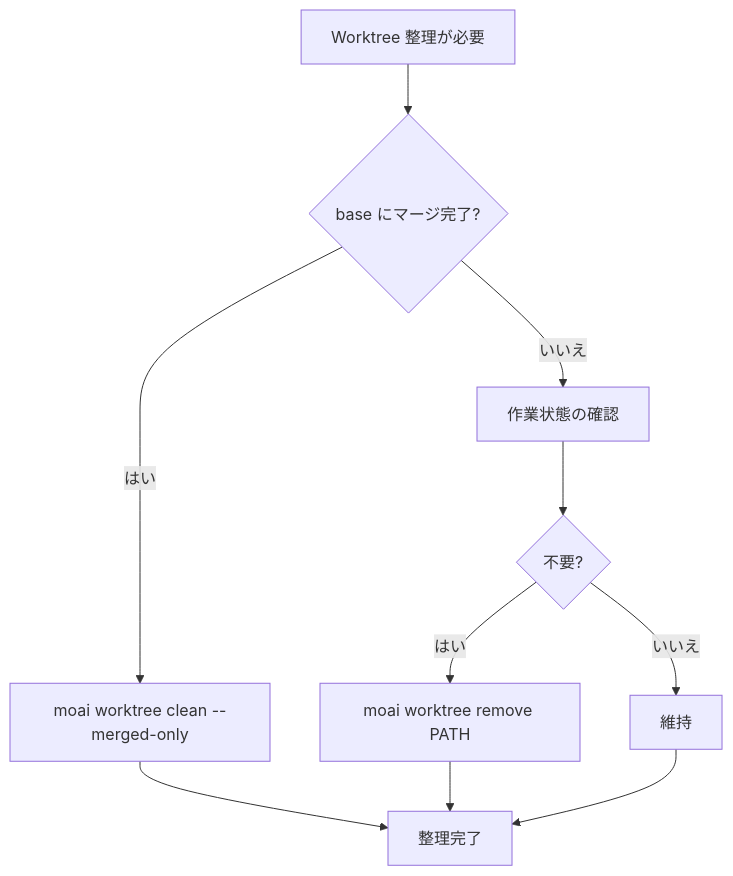
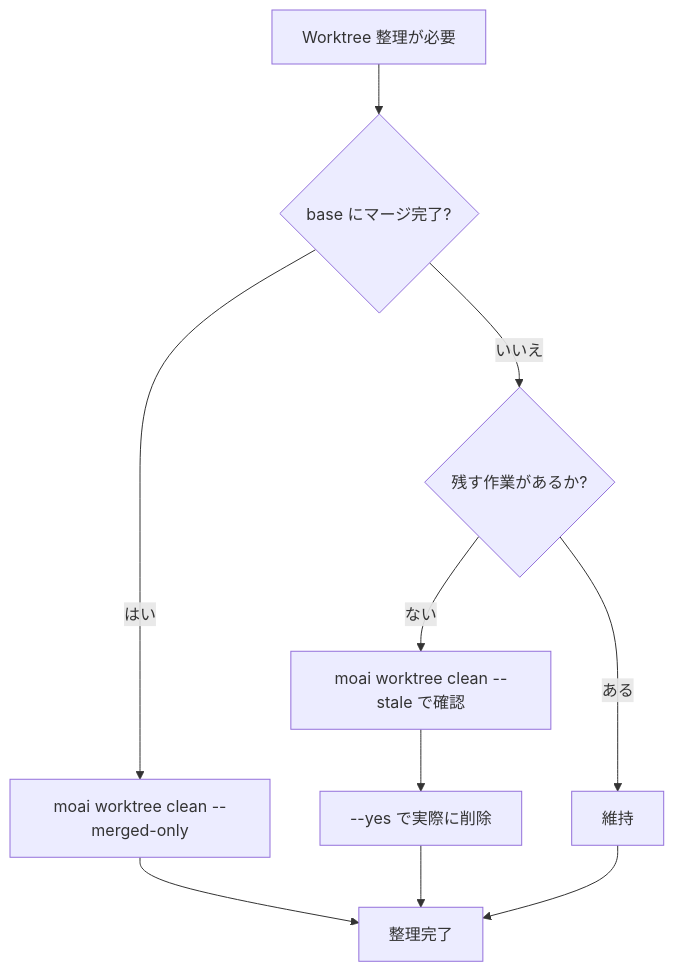
One commit to modu-ai/moai-adk changed the seventh of 9 diagrams in docs-site/content/ja/worktree/faq.md. Above: the diagram before and after it, drawn with Mermaid. The commit also changed other lines of this file and 35 other files, not shown here.

````diff
--- a/docs-site/content/ja/worktree/faq.md
+++ b/docs-site/content/ja/worktree/faq.md
@@ -335,12 +405,12 @@
 ```mermaid
 graph TD
     A[Worktree 整理が必要] --> B{base にマージ完了?}
     B -->|はい| C[moai worktree clean --merged-only]
-    B -->|いいえ| D[作業状態の確認]
-    D --> E{不要?}
-    E -->|はい| F[moai worktree remove PATH]
-    E -->|いいえ| G[維持]
+    B -->|いいえ| D{残す作業があるか?}
+    D -->|ない| E[moai worktree clean --stale で確認]
+    E --> F[--yes で実際に削除]
+    D -->|ある| G[維持]
     C --> H[整理完了]
     F --> H
     G --> H
 ```
````
